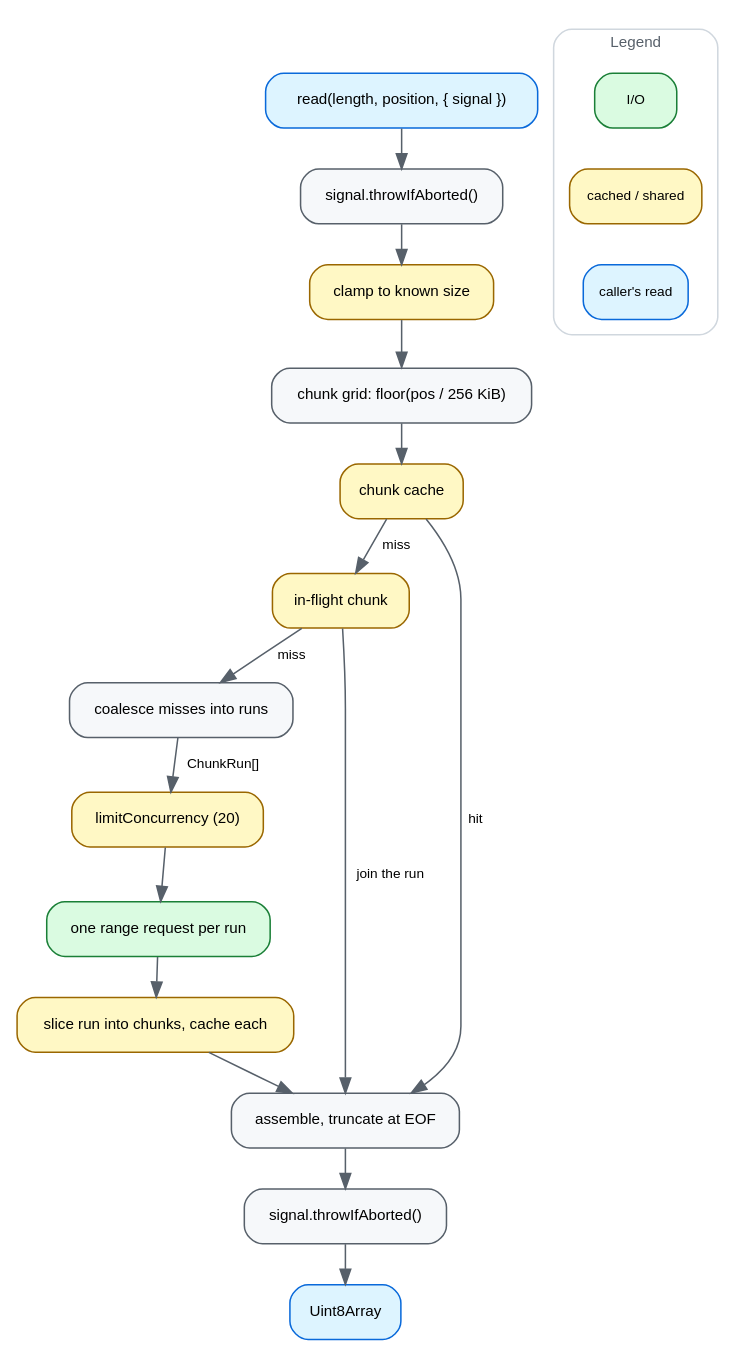
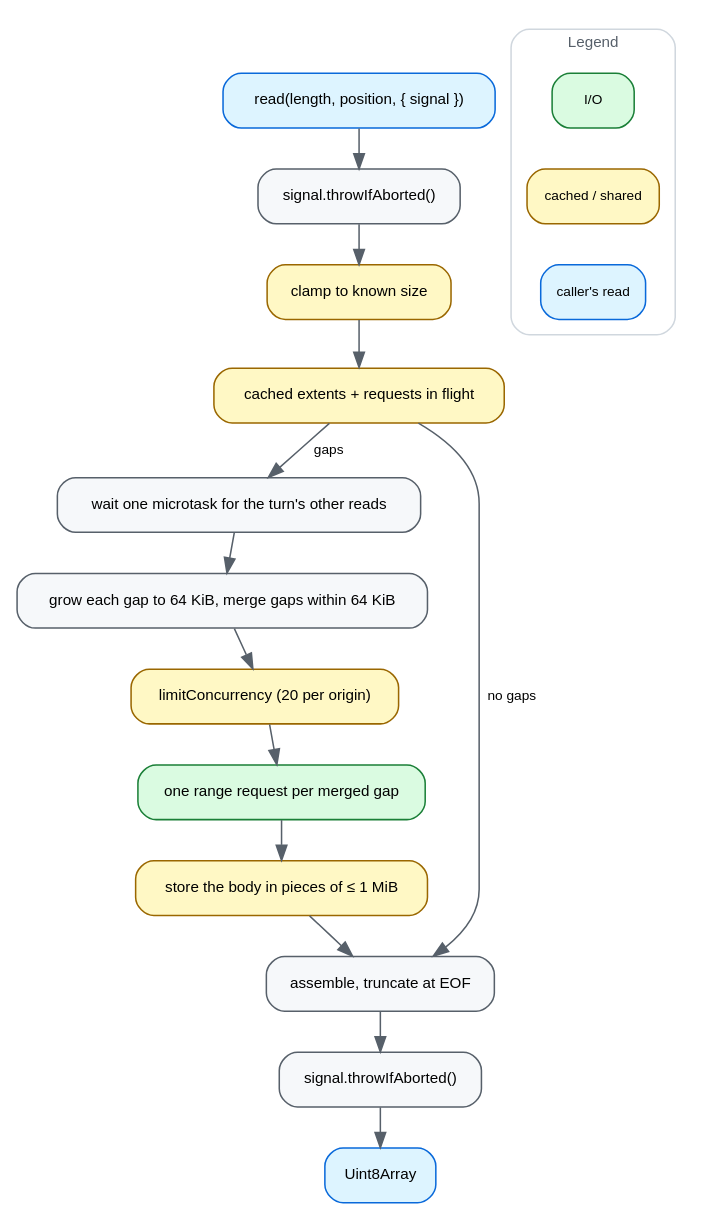
Before and after one commit to GMOD/range-cache-filehandle: the diagram in docs/img/dataflow.dot, drawn with Graphviz. The commit also changed 9 other files, not shown here.

```diff
--- a/docs/img/dataflow.dot
+++ b/docs/img/dataflow.dot
@@ -1,65 +1,62 @@
 // Source for docs/img/dataflow.svg, which docs/dataflow.md embeds.
 // Regenerate with: dot -Tsvg docs/img/dataflow.dot -o docs/img/dataflow.svg
 //
 // Deliberately ONE read's path only. The reference counting, the run a reader
 // joins and the abort that does or does not cancel it are a second read's
 // story, and dataflow.md tells it in prose — a diagram that draws two readers
 // at once stops being the thing you look at first.
 //
 // SYNC: ~/src/gmod/bam-js/docs/img/dataflow.dot — same palette and legend.
 // That one has wasm and worker-pool colors; there is neither here, so this
 // legend is the three that apply.
 digraph rangecache {
   rankdir=TB
   bgcolor="white"
   nodesep=0.3
   ranksep=0.36
   node [shape=box style="filled,rounded" fillcolor="#f6f8fa" color="#57606a"
         fontname="Helvetica" fontsize=10 margin="0.14,0.07"]
   edge [color="#57606a" fontname="Helvetica" fontsize=9]
 
   read    [label="read(length, position, { signal })" fillcolor="#ddf4ff" color="#0969da"]
   guard   [label="signal.throwIfAborted()"]
   clamp   [label="clamp to known size" fillcolor="#fff8c5" color="#9a6700"]
-  plan    [label="chunk grid: floor(pos / 256 KiB)"]
-  hit     [label="chunk cache" fillcolor="#fff8c5" color="#9a6700"]
-  join    [label="in-flight chunk" fillcolor="#fff8c5" color="#9a6700"]
-  runs    [label="coalesce misses into runs"]
-  limit   [label="limitConcurrency (20)" fillcolor="#fff8c5" color="#9a6700"]
-  fetch   [label="one range request per run" fillcolor="#dafbe1" color="#1a7f37"]
-  split   [label="slice run into chunks, cache each" fillcolor="#fff8c5" color="#9a6700"]
+  cover   [label="cached extents + requests in flight" fillcolor="#fff8c5" color="#9a6700"]
+  turn    [label="wait one microtask for the turn's other reads"]
+  plan    [label="grow each gap to 64 KiB, merge gaps within 64 KiB"]
+  limit   [label="limitConcurrency (20 per origin)" fillcolor="#fff8c5" color="#9a6700"]
+  fetch   [label="one range request per merged gap" fillcolor="#dafbe1" color="#1a7f37"]
+  store   [label="store the body in pieces of ≤ 1 MiB" fillcolor="#fff8c5" color="#9a6700"]
   after   [label="signal.throwIfAborted()"]
   asm     [label="assemble, truncate at EOF"]
   out     [label="Uint8Array" fillcolor="#ddf4ff" color="#0969da"]
 
   read -> guard
   guard -> clamp
-  clamp -> plan
-  plan -> hit
-  hit -> asm [label=" hit "]
-  hit -> join [label=" miss "]
-  join -> asm [label=" join the run "]
-  join -> runs [label=" miss "]
-  runs -> limit [label=" ChunkRun[] "]
+  clamp -> cover
+  cover -> asm [label=" no gaps "]
+  cover -> turn [label=" gaps "]
+  turn -> plan
+  plan -> limit
   limit -> fetch
-  fetch -> split
-  split -> asm
+  fetch -> store
+  store -> asm
   asm -> after
   after -> out
 
   subgraph cluster_legend {
     label="Legend"
     labelloc="t"
     fontname="Helvetica"
     fontsize=10
     fontcolor="#57606a"
     color="#d0d7de"
     style="rounded"
     margin=10
     node [shape=box style="filled,rounded" fontsize=9 margin="0.1,0.04"]
     l1 [label="I/O" fillcolor="#dafbe1" color="#1a7f37"]
     l2 [label="cached / shared" fillcolor="#fff8c5" color="#9a6700"]
     l3 [label="caller's read" fillcolor="#ddf4ff" color="#0969da"]
     l1 -> l2 -> l3 [style=invis]
   }
 }
```
